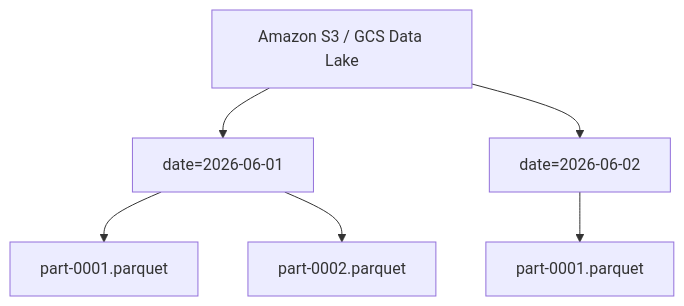
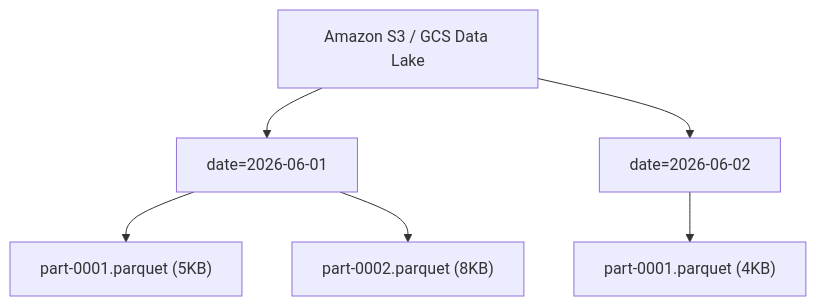
One commit to kythuatdulieu/kythuatdulieu.github.io changed the diagram in src/content/docs/concepts/6-data-modeling-transformation/fact-table.md. Above: the diagram before and after it, drawn with Mermaid. The commit also changed other lines of this file and 213 other files, not shown here.

Commit message:
Fix syntax and rewrite 200+ concepts docs to deep-dive system architecture and add GA4 tracking to quiz app

````diff
--- a/src/content/docs/concepts/6-data-modeling-transformation/fact-table.md
+++ b/src/content/docs/concepts/6-data-modeling-transformation/fact-table.md
@@ -32,9 +32,9 @@
 ```mermaid
 graph TD
     S3["Amazon S3 / GCS Data Lake"]
     S3 --> P1["date=2026-06-01"]
     S3 --> P2["date=2026-06-02"]
-    P1 --> F1["part-0001.parquet"]
-    P1 --> F2["part-0002.parquet"]
-    P2 --> F3["part-0001.parquet"]
+    P1 --> F1["part-0001.parquet (5KB)"]
+    P1 --> F2["part-0002.parquet (8KB)"]
+    P2 --> F3["part-0001.parquet (4KB)"]
 ```
````
